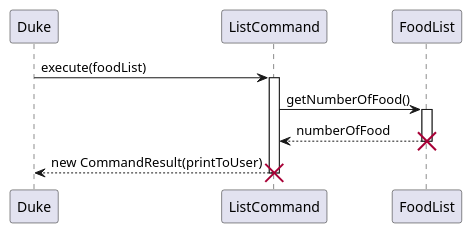
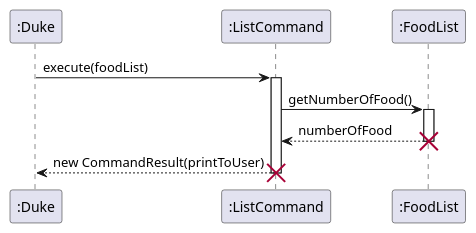
One commit to tsx0314/tp changed the diagram in docs/puml/ListCommandSequenceDiagram.puml. Above: the diagram before and after it, drawn with PlantUML. The commit also changed 15 other files, not shown here.

Commit message:
Update UML diagram according to TA's comment

```diff
--- a/docs/puml/ListCommandSequenceDiagram.puml
+++ b/docs/puml/ListCommandSequenceDiagram.puml
@@ -1,20 +1,20 @@
 @startuml
 'https://plantuml.com/sequence-diagram
 
-Participant Duke
-Participant ListCommand
-Participant FoodList
+Participant ":Duke"
+Participant ":ListCommand"
+Participant ":FoodList"
 
-Duke -> ListCommand: execute(foodList)
-activate ListCommand
-ListCommand -> FoodList: getNumberOfFood()
-activate FoodList
-ListCommand <-- FoodList: numberOfFood
-deactivate FoodList
-destroy FoodList
+":Duke" -> ":ListCommand": execute(foodList)
+activate ":ListCommand"
+":ListCommand" -> ":FoodList": getNumberOfFood()
+activate ":FoodList"
+":ListCommand" <-- ":FoodList": numberOfFood
+deactivate ":FoodList"
+destroy ":FoodList"
 
-ListCommand --> Duke: new CommandResult(printToUser)
-deactivate ListCommand
-destroy ListCommand
+":ListCommand" --> ":Duke": new CommandResult(printToUser)
+deactivate ":ListCommand"
+destroy ":ListCommand"
 
 @enduml
```
